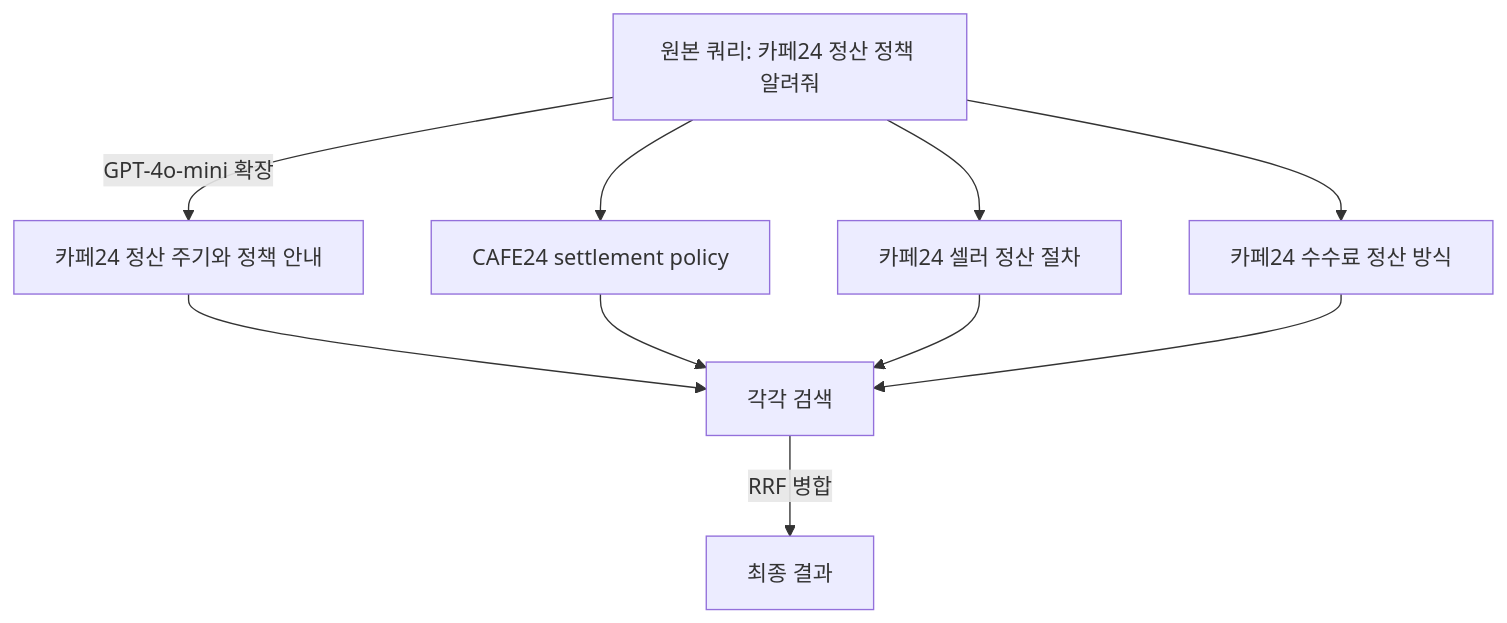
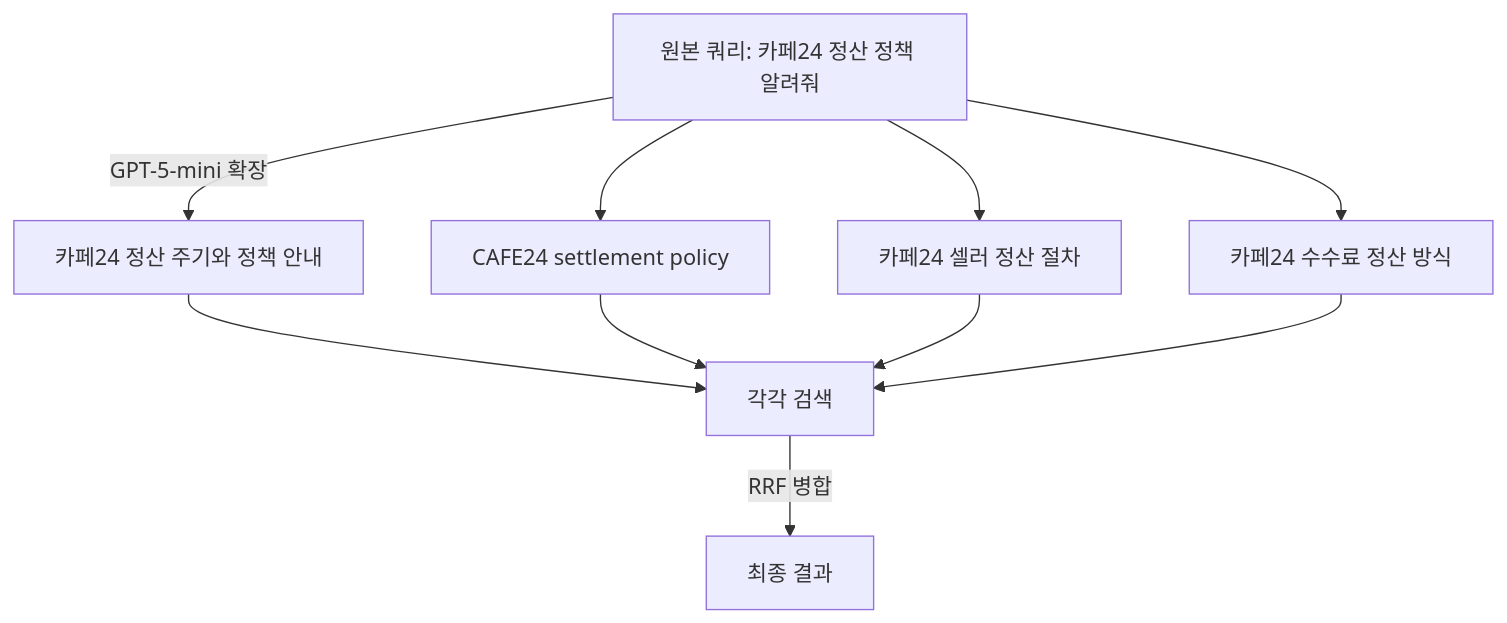
Before and after one commit to ASNGG/cafe24-demo: diagram 12 of 25 in backend 리팩토링 시작/README.md, drawn with Mermaid. The commit also changed other lines of this file and 25 other files, not shown here.

````diff
--- a/backend 리팩토링 시작/README.md
+++ b/backend 리팩토링 시작/README.md
@@ -1256,12 +1272,12 @@
 ```mermaid
 flowchart TD
-    A["원본 쿼리: 카페24 정산 정책 알려줘"] -->|GPT-4o-mini 확장| B["카페24 정산 주기와 정책 안내"]
+    A["원본 쿼리: 카페24 정산 정책 알려줘"] -->|GPT-5-mini 확장| B["카페24 정산 주기와 정책 안내"]
     A --> C["CAFE24 settlement policy"]
     A --> D["카페24 셀러 정산 절차"]
     A --> E["카페24 수수료 정산 방식"]
     B --> F["각각 검색"]
     C --> F
     D --> F
     E --> F
     F -->|RRF 병합| G["최종 결과"]
 ```
````
